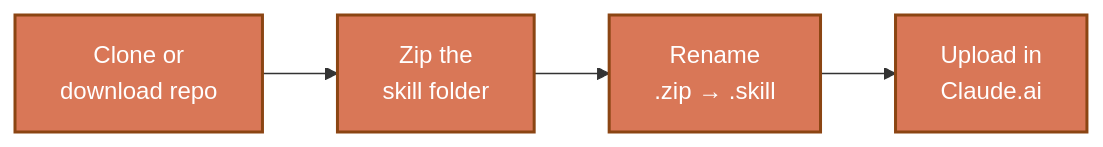
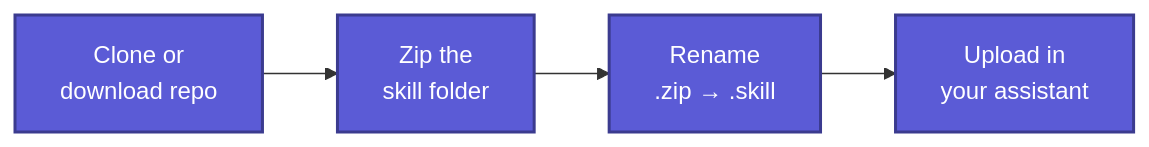
One commit to Dyarchia/dyarchia-salesforce changed the second of 3 diagrams in README.md. Above: the diagram before and after it, drawn with Mermaid. The commit also changed other lines of this file and 2 other files, not shown here.

````diff
--- a/README.md
+++ b/README.md
@@ -77,9 +83,9 @@
 ```mermaid
 flowchart LR
     A[Clone or<br/>download repo] --> B[Zip the<br/>skill folder]
     B --> C[Rename<br/>.zip → .skill]
-    C --> D[Upload in<br/>Claude.ai]
+    C --> D[Upload in<br/>your assistant]
 
-    classDef step fill:#D97757,stroke:#8B4513,color:#fff,stroke-width:2px
+    classDef step fill:#5B5BD6,stroke:#3B3B8F,color:#fff,stroke-width:2px
     class A,B,C,D step
 ```
````
